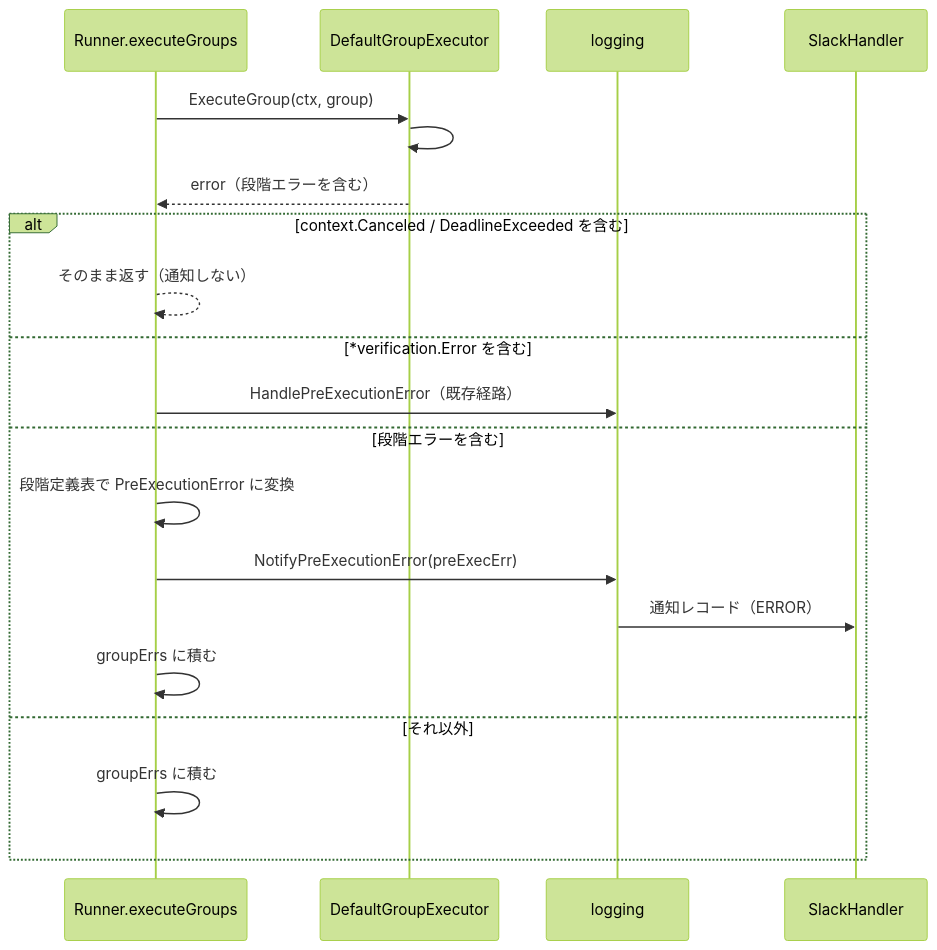
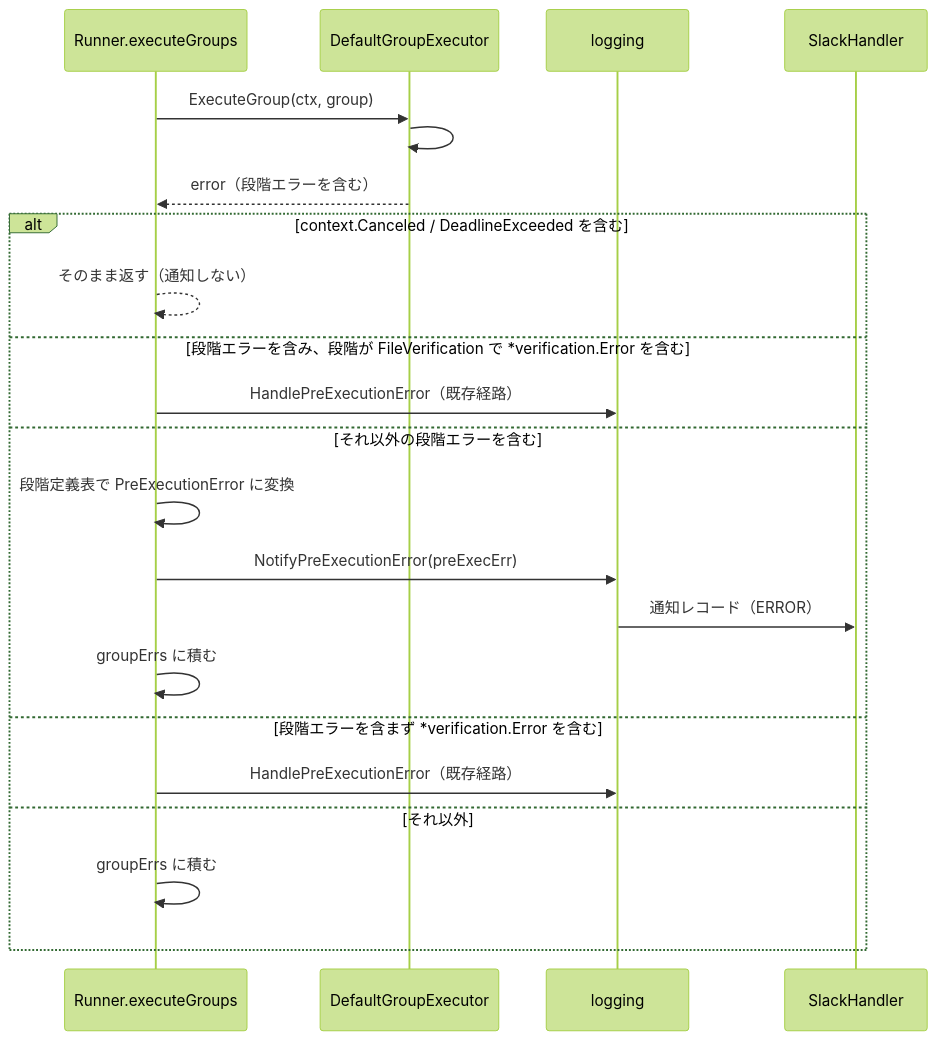
The seventh of 14 diagrams in docs/tasks/0176_group_pre_execution_failure_notification/02_architecture.md (isseis/go-safe-cmd-runner), drawn with Mermaid (forest theme) before and after one commit. The commit also changed other lines of this file, not shown here.

````diff
--- a/docs/tasks/0176_group_pre_execution_failure_notification/02_architecture.md
+++ b/docs/tasks/0176_group_pre_execution_failure_notification/02_architecture.md
@@ -246,23 +246,25 @@
 ```mermaid
 sequenceDiagram
     participant EG as Runner.executeGroups
     participant GE as DefaultGroupExecutor
     participant LG as logging
     participant SH as SlackHandler
 
     EG->>GE: ExecuteGroup(ctx, group)
     GE->>GE: #1〜#7 のいずれかで失敗し、段階エラーを作る
     GE-->>EG: error（段階エラーを含む）
     alt context.Canceled / DeadlineExceeded を含む
         EG-->>EG: そのまま返す（通知しない）
-    else *verification.Error を含む
+    else 段階エラーを含み、段階が FileVerification で *verification.Error を含む
         EG->>LG: HandlePreExecutionError（既存経路）
-    else 段階エラーを含む
+    else それ以外の段階エラーを含む
         EG->>EG: 段階定義表で PreExecutionError に変換
         EG->>LG: NotifyPreExecutionError(preExecErr)
         LG->>SH: 通知レコード（ERROR）
         EG->>EG: groupErrs に積む
+    else 段階エラーを含まず *verification.Error を含む
+        EG->>LG: HandlePreExecutionError（既存経路）
     else それ以外
         EG->>EG: groupErrs に積む
     end
 ```
````
